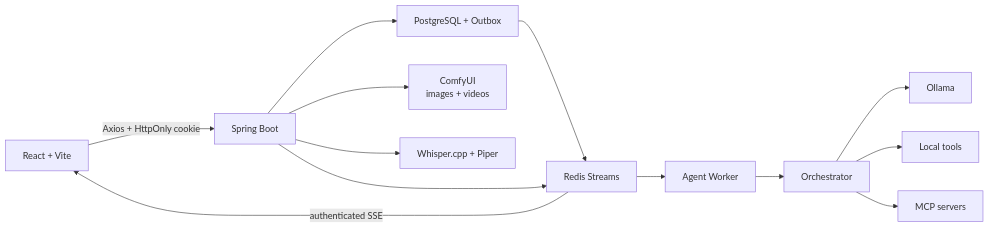
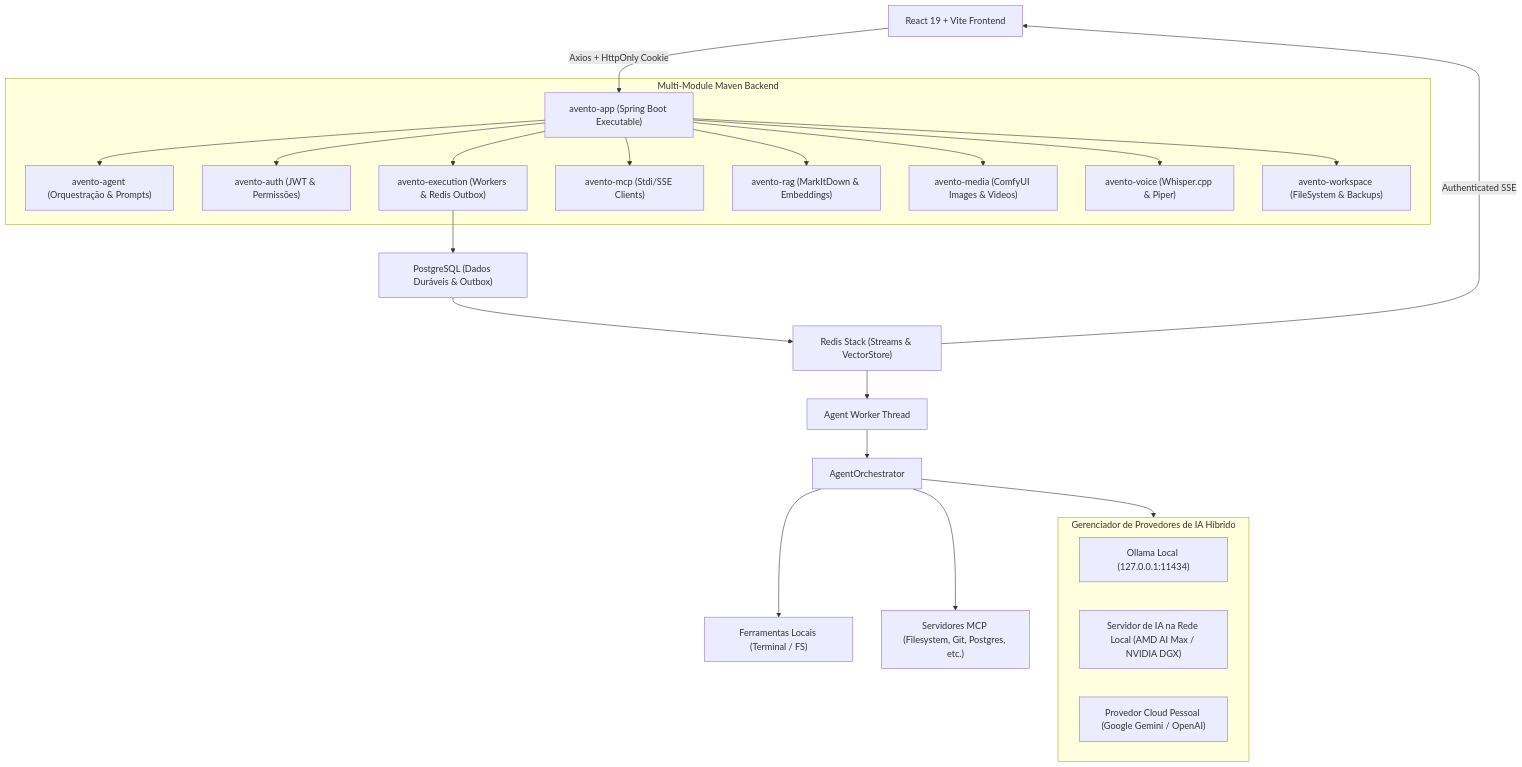
One commit to SamuckqaDev/avento-ia changed the first of 2 diagrams in README.md. Above: the diagram before and after it, drawn with Mermaid. The commit also changed 1 other file, not shown here.

Commit message:
docs(architecture): update Mermaid architecture diagrams for multi-module Maven and hybrid AI providers

````diff
--- a/README.md
+++ b/README.md
@@ -134,15 +134,31 @@
 ```mermaid
-flowchart LR
-    UI["React + Vite"] -->|"Axios + HttpOnly cookie"| API["Spring Boot"]
-    API --> PG["PostgreSQL + Outbox"]
-    PG --> REDIS["Redis Streams"]
-    REDIS --> WORKER["Agent Worker"]
-    WORKER --> ORCH["Orchestrator"]
-    REDIS -->|"authenticated SSE"| UI
-    ORCH --> LLM["Ollama"]
-    ORCH --> LOCAL["Local tools"]
-    ORCH --> MCP["MCP servers"]
-    API --> REDIS
-    API --> MEDIA["ComfyUI<br/>images + videos"]
-    API --> VOICE["Whisper.cpp + Piper"]
+flowchart TD
+    UI["React 19 + Vite Frontend"] -->|"Axios + HttpOnly Cookie"| APP["avento-app (Spring Boot Executable)"]
+
+    subgraph BACKEND["Multi-Module Maven Backend"]
+        APP --> AGENT["avento-agent (Orquestração & Prompts)"]
+        APP --> AUTH["avento-auth (JWT & Permissões)"]
+        APP --> EXEC["avento-execution (Workers & Redis Outbox)"]
+        APP --> MCP_MOD["avento-mcp (Stdi/SSE Clients)"]
+        APP --> RAG_MOD["avento-rag (MarkItDown & Embeddings)"]
+        APP --> MEDIA_MOD["avento-media (ComfyUI Images & Videos)"]
+        APP --> VOICE_MOD["avento-voice (Whisper.cpp & Piper)"]
+        APP --> WORKSPACE["avento-workspace (FileSystem & Backups)"]
+    end
+
+    EXEC --> PG["PostgreSQL (Dados Duráveis & Outbox)"]
+    PG --> REDIS["Redis Stack (Streams & VectorStore)"]
+    REDIS --> WORKER["Agent Worker Thread"]
+    WORKER --> ORCH["AgentOrchestrator"]
+    REDIS -->|"Authenticated SSE"| UI
+
+    subgraph PROVIDERS["Gerenciador de Provedores de IA Híbrido"]
+        OLLAMA["Ollama Local (127.0.0.1:11434)"]
+        LAN_SERVER["Servidor de IA na Rede Local (AMD AI Max / NVIDIA DGX)"]
+        CLOUD_API["Provedor Cloud Pessoal (Google Gemini / OpenAI)"]
+    end
+
+    ORCH --> PROVIDERS
+    ORCH --> LOCAL_TOOLS["Ferramentas Locais (Terminal / FS)"]
+    ORCH --> MCP_SRV["Servidores MCP (Filesystem, Git, Postgres, etc.)"]
 ```
````
